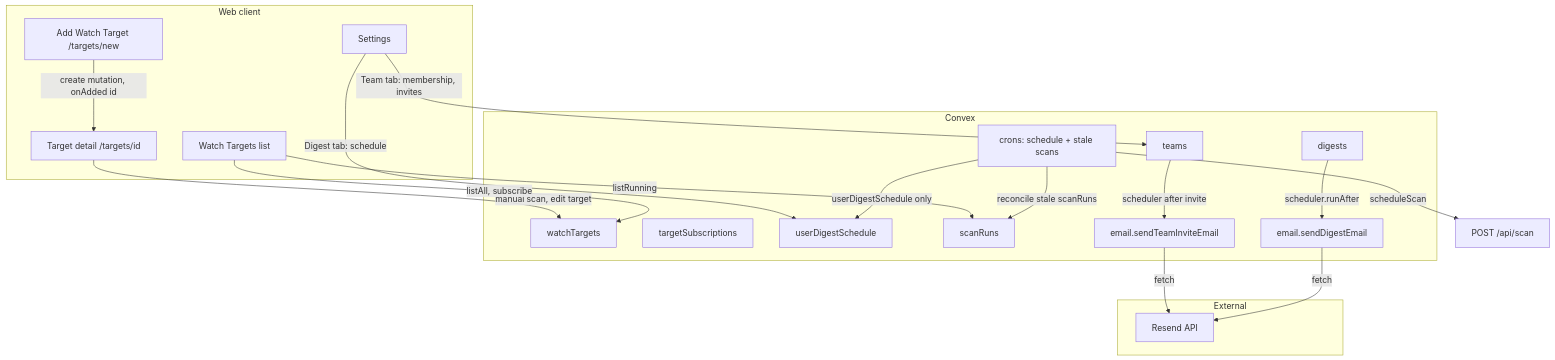
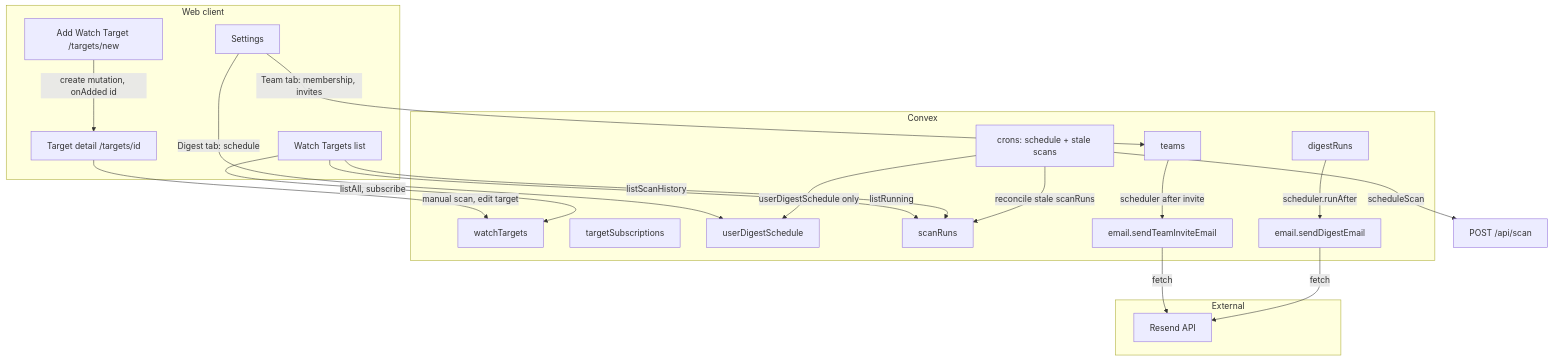
Before and after one commit to nll-ai/compass: the diagram in docs/HLD.md, drawn with Mermaid. The commit also changed other lines of this file and 11 other files, not shown here.

First line of the commit message:
Watch Targets sidebar tabs, scan history, docs, and UI fixes

````diff
--- a/docs/HLD.md
+++ b/docs/HLD.md
@@ -106,39 +121,40 @@
 ```mermaid
 flowchart TB
   subgraph client [Web client]
     TargetsPage[Watch Targets list]
     NewTarget[Add Watch Target /targets/new]
     TargetDetail[Target detail /targets/id]
     Settings[Settings]
   end
 
   subgraph convex [Convex]
     WT[watchTargets]
     Teams[teams]
     Subs[targetSubscriptions]
     UDS[userDigestSchedule]
     scanRuns[scanRuns]
-    Digests[digests]
+    digestRuns[digestRuns]
     EmailAction[email.sendDigestEmail]
     InviteEmail[email.sendTeamInviteEmail]
     Cron[crons: schedule + stale scans]
   end
 
   subgraph external [External]
     Resend[Resend API]
   end
 
   NewTarget -->|create mutation, onAdded id| TargetDetail
   TargetDetail -->|manual scan, edit target| WT
   Settings -->|Digest tab: schedule| UDS
   Settings -->|Team tab: membership, invites| Teams
   Teams -->|scheduler after invite| InviteEmail
   InviteEmail -->|fetch| Resend
   TargetsPage -->|listAll, subscribe| WT
   TargetsPage -->|listRunning| scanRuns
+  TargetsPage -->|listScanHistory| scanRuns
   Cron -->|userDigestSchedule only| UDS
   Cron -->|reconcile stale scanRuns| scanRuns
   Cron -->|scheduleScan| ScanAPI[POST /api/scan]
-  Digests -->|scheduler.runAfter| EmailAction
+  digestRuns -->|scheduler.runAfter| EmailAction
   EmailAction -->|fetch| Resend
 ```
````
